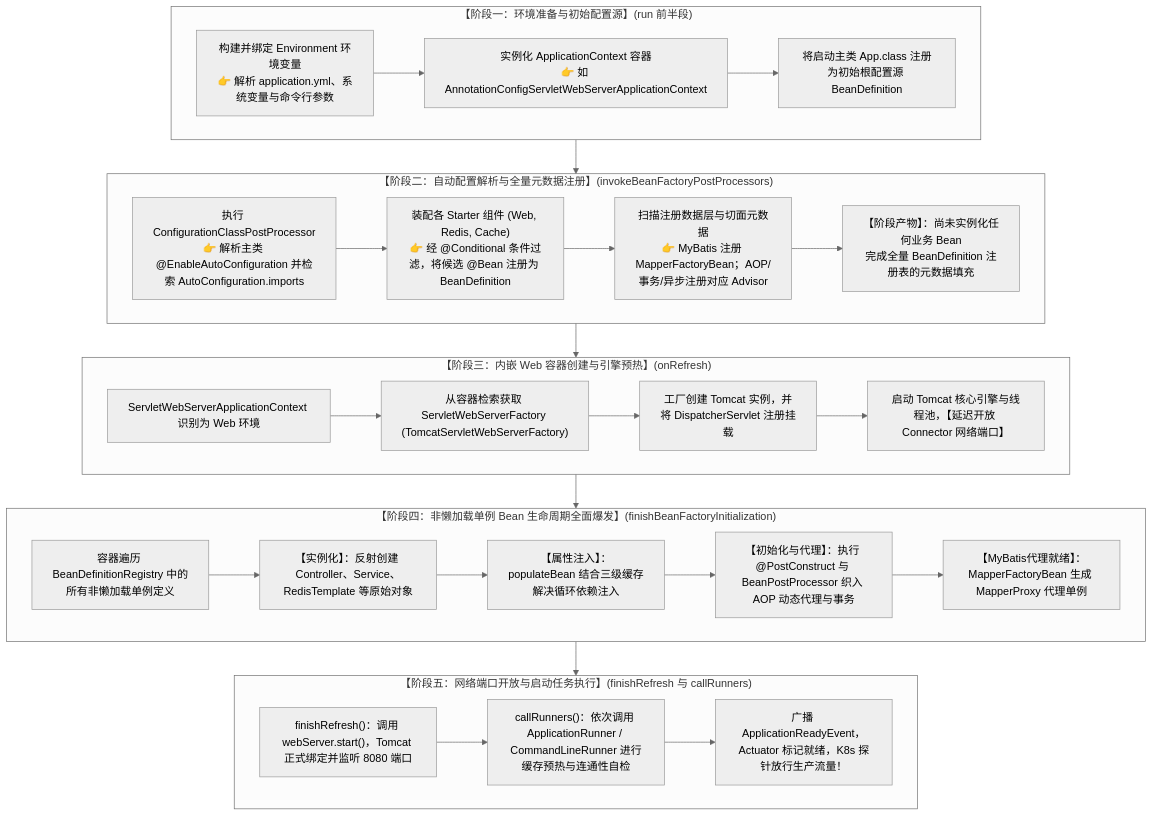
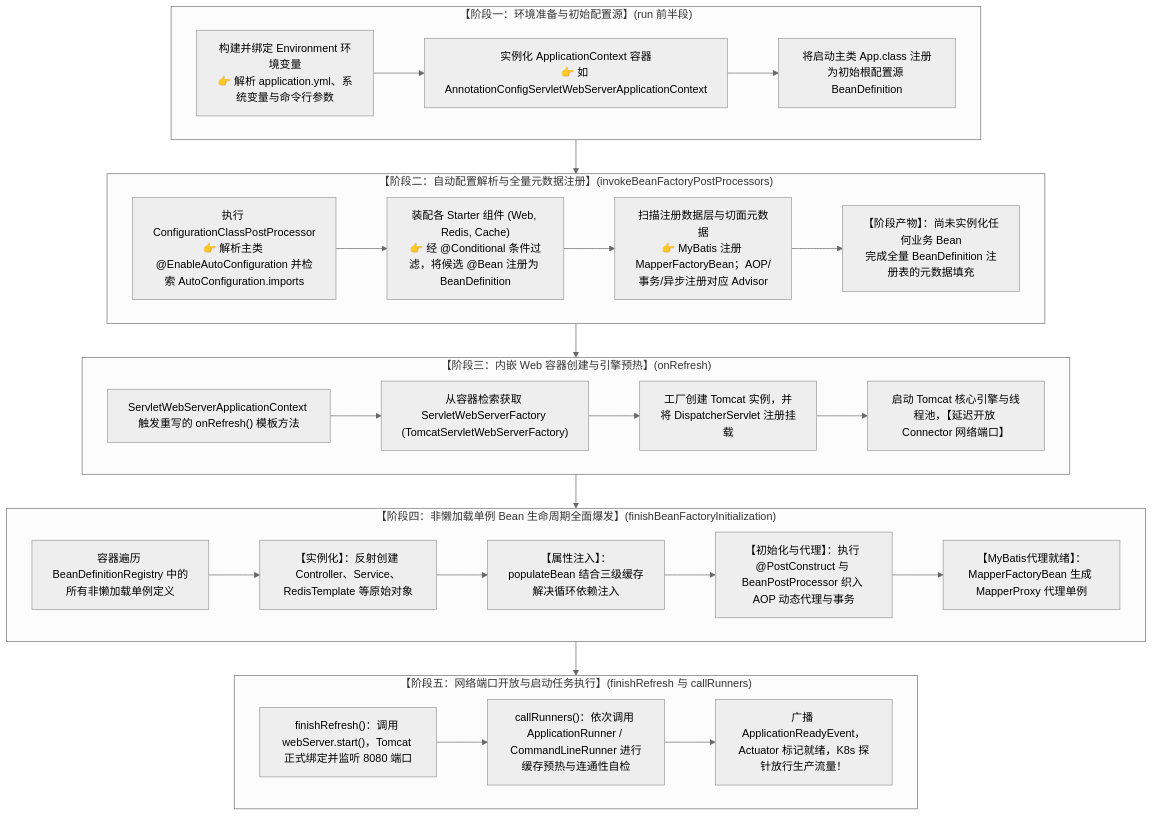
The third of 4 diagrams in 20-Java后端/04-Spring生态/10-SpringBoot启动流程.md (GuoWWWX/knowledge-base), drawn with Mermaid (neutral theme) before and after one commit. The commit also changed other lines of this file, not shown here.

Commit message:
docs(spring): clarify that web type deduction occurs in constructor and onRefresh is polymorphic execution

````diff
--- a/20-Java后端/04-Spring生态/10-SpringBoot启动流程.md
+++ b/20-Java后端/04-Spring生态/10-SpringBoot启动流程.md
@@ -132,43 +132,43 @@
 ```mermaid
 flowchart TD
     subgraph Phase1["【阶段一：环境准备与初始配置源】(run 前半段)"]
         A1["构建并绑定 Environment 环境变量<br/>👉 解析 application.yml、系统变量与命令行参数"]
         A2["实例化 ApplicationContext 容器<br/>👉 如 AnnotationConfigServletWebServerApplicationContext"]
         A3["将启动主类 App.class 注册为初始根配置源 BeanDefinition"]
         A1 --> A2 --> A3
     end
 
     subgraph Phase2["【阶段二：自动配置解析与全量元数据注册】(invokeBeanFactoryPostProcessors)"]
         B1["执行 ConfigurationClassPostProcessor<br/>👉 解析主类 @EnableAutoConfiguration 并检索 AutoConfiguration.imports"]
         B2["装配各 Starter 组件 (Web, Redis, Cache)<br/>👉 经 @Conditional 条件过滤，将候选 @Bean 注册为 BeanDefinition"]
         B3["扫描注册数据层与切面元数据<br/>👉 MyBatis 注册 MapperFactoryBean；AOP/事务/异步注册对应 Advisor"]
         B4["【阶段产物】：尚未实例化任何业务 Bean<br/>完成全量 BeanDefinition 注册表的元数据填充"]
         B1 --> B2 --> B3 --> B4
     end
 
     subgraph Phase3["【阶段三：内嵌 Web 容器创建与引擎预热】(onRefresh)"]
-        C1["ServletWebServerApplicationContext 识别为 Web 环境"]
+        C1["ServletWebServerApplicationContext 触发重写的 onRefresh() 模板方法"]
         C2["从容器检索获取 ServletWebServerFactory (TomcatServletWebServerFactory)"]
         C3["工厂创建 Tomcat 实例，并将 DispatcherServlet 注册挂载"]
         C4["启动 Tomcat 核心引擎与线程池，【延迟开放 Connector 网络端口】"]
         C1 --> C2 --> C3 --> C4
     end
 
     subgraph Phase4["【阶段四：非懒加载单例 Bean 生命周期全面爆发】(finishBeanFactoryInitialization)"]
         D1["容器遍历 BeanDefinitionRegistry 中的所有非懒加载单例定义"]
         D2["【实例化】：反射创建 Controller、Service、RedisTemplate 等原始对象"]
         D3["【属性注入】：populateBean 结合三级缓存解决循环依赖注入"]
         D4["【初始化与代理】：执行 @PostConstruct 与 BeanPostProcessor 织入 AOP 动态代理与事务"]
         D5["【MyBatis代理就绪】：MapperFactoryBean 生成 MapperProxy 代理单例"]
         D1 --> D2 --> D3 --> D4 --> D5
     end
 
     subgraph Phase5["【阶段五：网络端口开放与启动任务执行】(finishRefresh 与 callRunners)"]
         E1["finishRefresh()：调用 webServer.start()，Tomcat 正式绑定并监听 8080 端口"]
         E2["callRunners()：依次调用 ApplicationRunner / CommandLineRunner 进行缓存预热与连通性自检"]
         E3["广播 ApplicationReadyEvent，Actuator 标记就绪，K8s 探针放行生产流量！"]
         E1 --> E2 --> E3
     end
 
     Phase1 --> Phase2 --> Phase3 --> Phase4 --> Phase5
 ```
````
